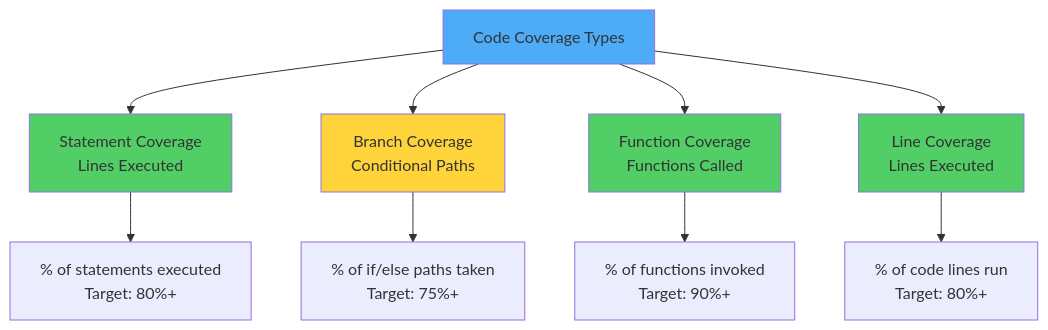
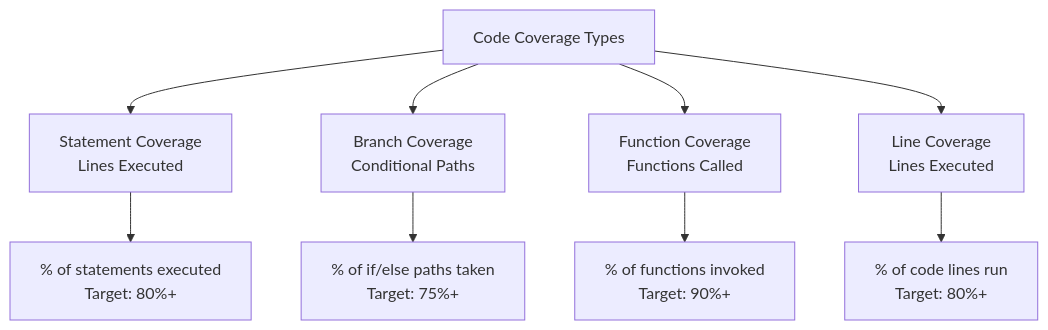
One commit to BabaScience/react-guides changed the tenth of 10 diagrams in arguments/chapters/10-testing.md. Above: the diagram before and after it, drawn with Mermaid. The commit also changed other lines of this file and 29 other files, not shown here.

First line of the commit message:
Bring React FR/IT translations to full English parity + theme-safe diagrams

````diff
--- a/arguments/chapters/10-testing.md
+++ b/arguments/chapters/10-testing.md
@@ -2529,18 +2492,13 @@
 ```mermaid
 graph TD
     A[Code Coverage Types] --> B[Statement Coverage<br/>Lines Executed]
     A --> C[Branch Coverage<br/>Conditional Paths]
     A --> D[Function Coverage<br/>Functions Called]
     A --> E[Line Coverage<br/>Lines Executed]
     
     B --> B1[% of statements executed<br/>Target: 80%+]
     C --> C1[% of if/else paths taken<br/>Target: 75%+]
     D --> D1[% of functions invoked<br/>Target: 90%+]
     E --> E1[% of code lines run<br/>Target: 80%+]
     
-    style A fill:#4dabf7
-    style B fill:#51cf66
-    style C fill:#ffd43b
-    style D fill:#51cf66
-    style E fill:#51cf66
 ```
````
